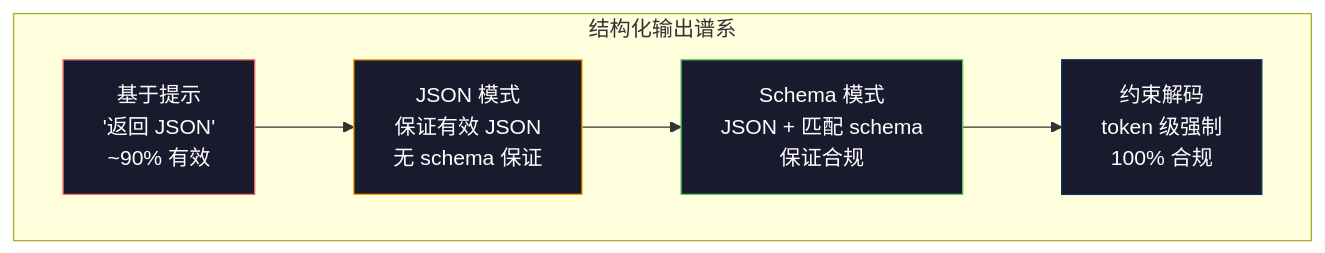
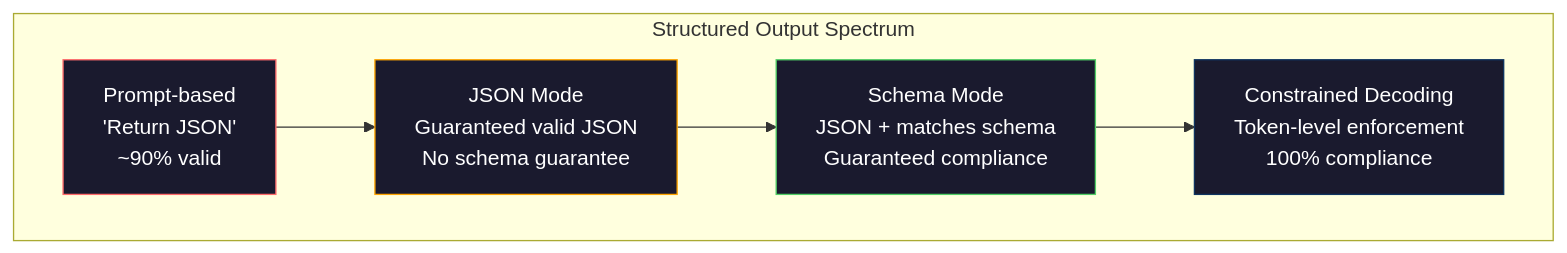
The first of 2 diagrams in i18n/zh/phases/11-llm-engineering/03-structured-outputs/docs/zh.md (xiaojiaenen/ai-engineering-from-scratch-zh), drawn with Mermaid before and after one commit. The commit also changed other lines of this file and 17 other files, not shown here.

````diff
--- a/i18n/zh/phases/11-llm-engineering/03-structured-outputs/docs/zh.md
+++ b/i18n/zh/phases/11-llm-engineering/03-structured-outputs/docs/zh.md
@@ -38,14 +38,14 @@
 ```mermaid
 graph LR
-    subgraph Spectrum["结构化输出谱系"]
+    subgraph Spectrum["Structured Output Spectrum"]
         direction LR
-        A["基于提示\n'返回 JSON'\n~90% 有效"] --> B["JSON 模式\n保证有效 JSON\n无 schema 保证"]
-        B --> C["Schema 模式\nJSON + 匹配 schema\n保证合规"]
-        C --> D["约束解码\ntoken 级强制\n100% 合规"]
+        A["Prompt-based\n'Return JSON'\n~90% valid"] --> B["JSON Mode\nGuaranteed valid JSON\nNo schema guarantee"]
+        B --> C["Schema Mode\nJSON + matches schema\nGuaranteed compliance"]
+        C --> D["Constrained Decoding\nToken-level enforcement\n100% compliance"]
     end
 
     style A fill:#1a1a2e,stroke:#ff6b6b,color:#fff
     style B fill:#1a1a2e,stroke:#ffa500,color:#fff
     style C fill:#1a1a2e,stroke:#51cf66,color:#fff
     style D fill:#1a1a2e,stroke:#0f3460,color:#fff
 ```
````
